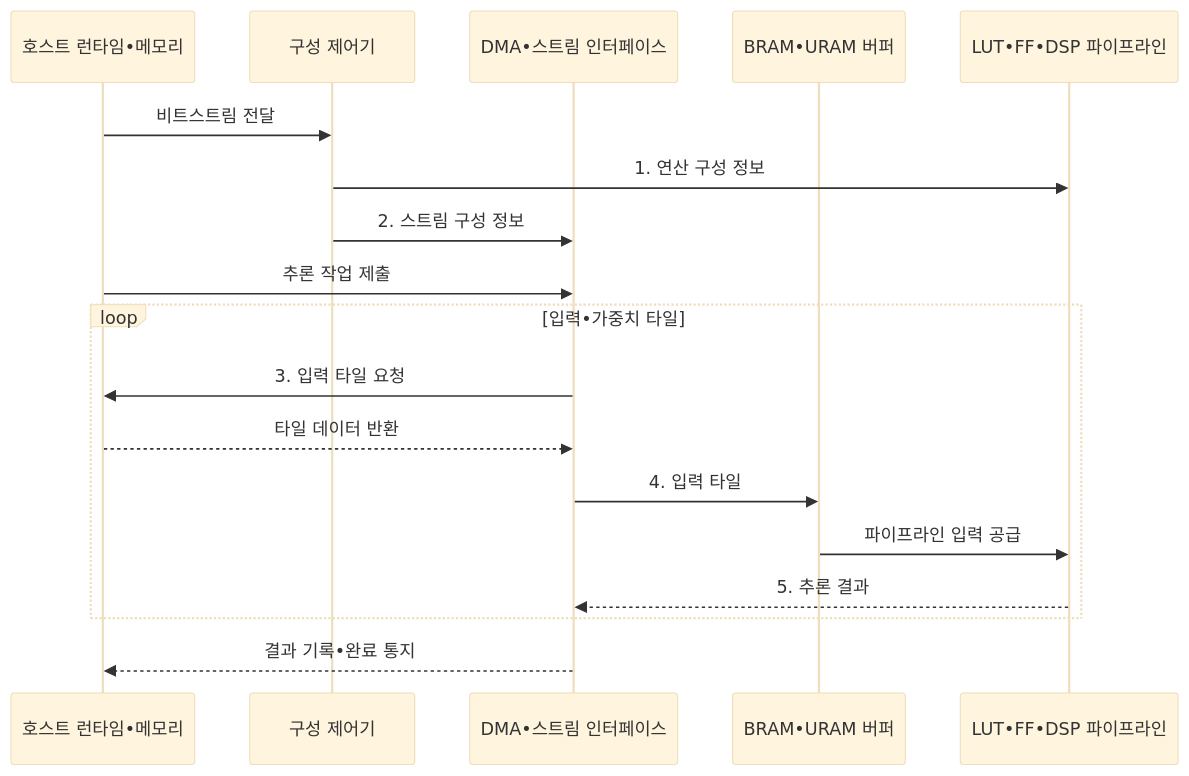
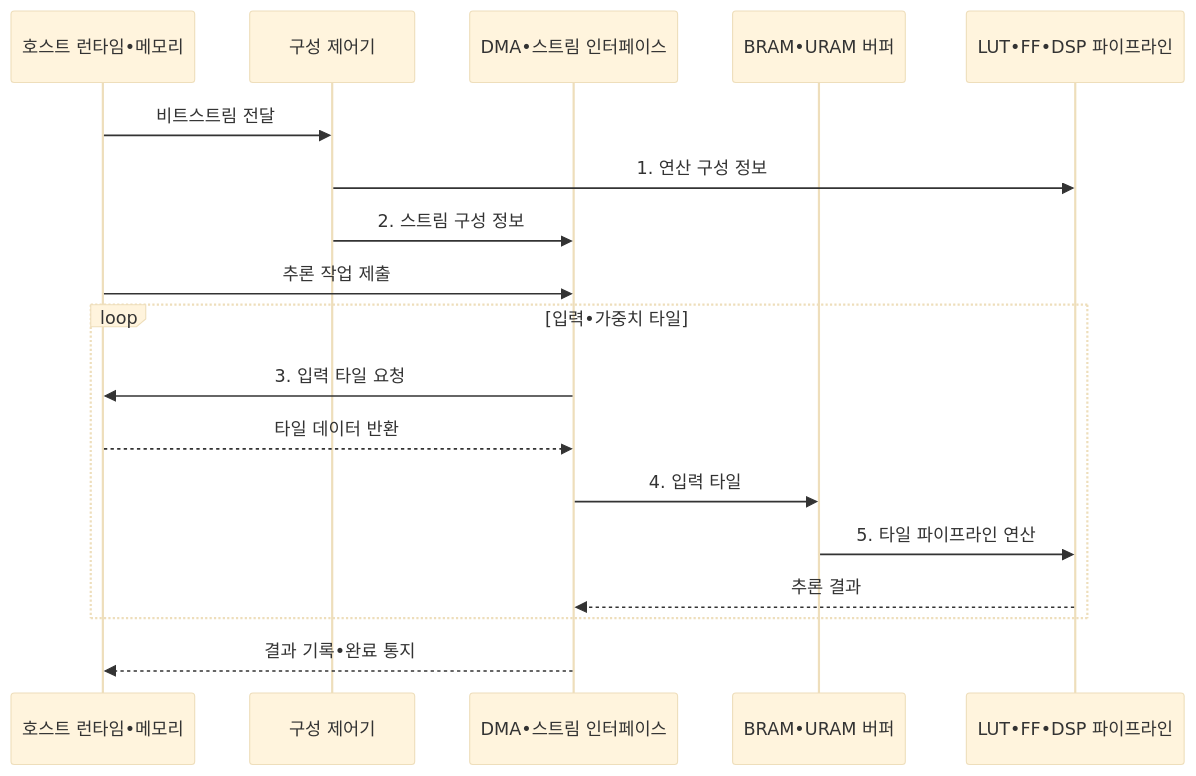
Before and after one commit to agnusdei1207/knowledge-base: the second of 2 diagrams in src/content/docs/notes/02-hardware/039_fpga_ai_acceleration.md, drawn with Mermaid (base theme). The commit also changed other lines of this file and 9 other files, not shown here.

````diff
--- a/src/content/docs/notes/02-hardware/039_fpga_ai_acceleration.md
+++ b/src/content/docs/notes/02-hardware/039_fpga_ai_acceleration.md
@@ -108,21 +108,21 @@
 ```mermaid
 sequenceDiagram
     participant H as 호스트 런타임•메모리
     participant C as 구성 제어기
     participant D as DMA•스트림 인터페이스
     participant B as BRAM•URAM 버퍼
     participant P as LUT•FF•DSP 파이프라인
 
     H->>C: 비트스트림 전달
     C->>P: 1. 연산 구성 정보
     C->>D: 2. 스트림 구성 정보
     H->>D: 추론 작업 제출
     loop 입력•가중치 타일
         D->>H: 3. 입력 타일 요청
         H-->>D: 타일 데이터 반환
         D->>B: 4. 입력 타일
-        B->>P: 파이프라인 입력 공급
-        P-->>D: 5. 추론 결과
+        B->>P: 5. 타일 파이프라인 연산
+        P-->>D: 추론 결과
     end
     D-->>H: 결과 기록•완료 통지
 ```
````
